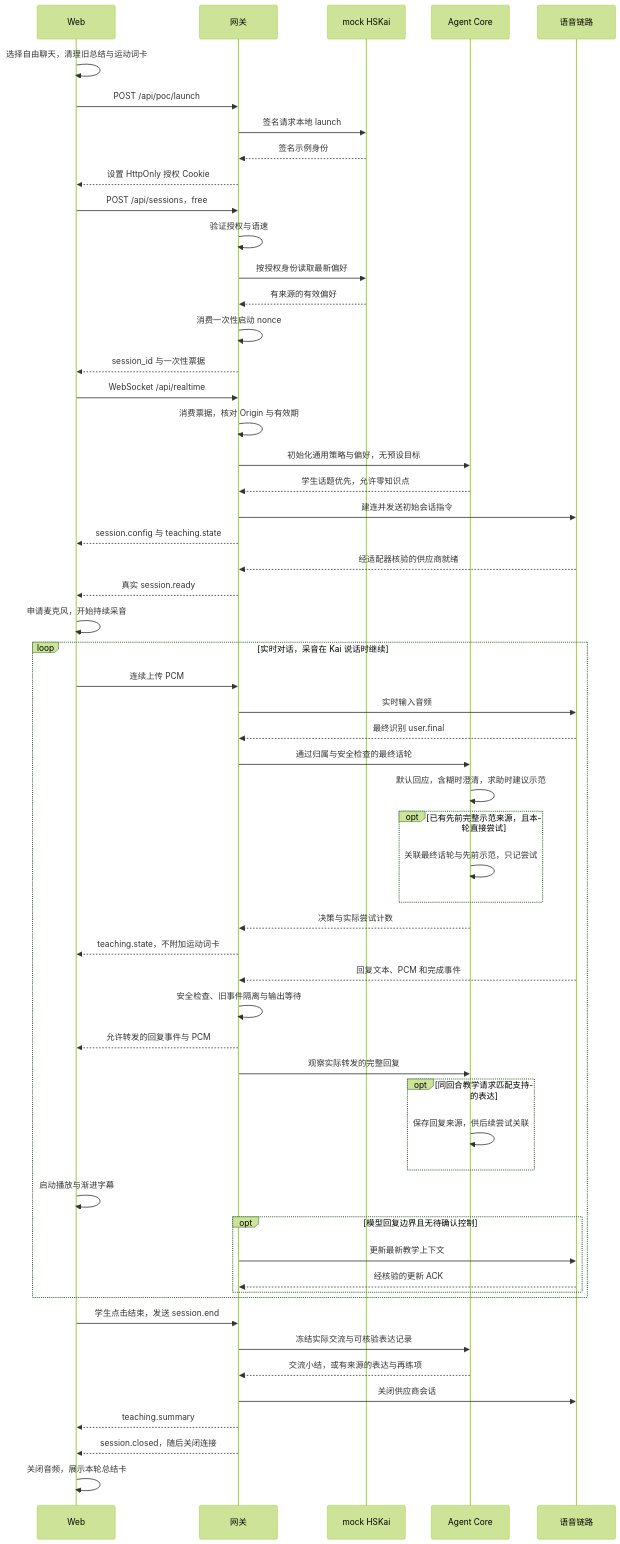
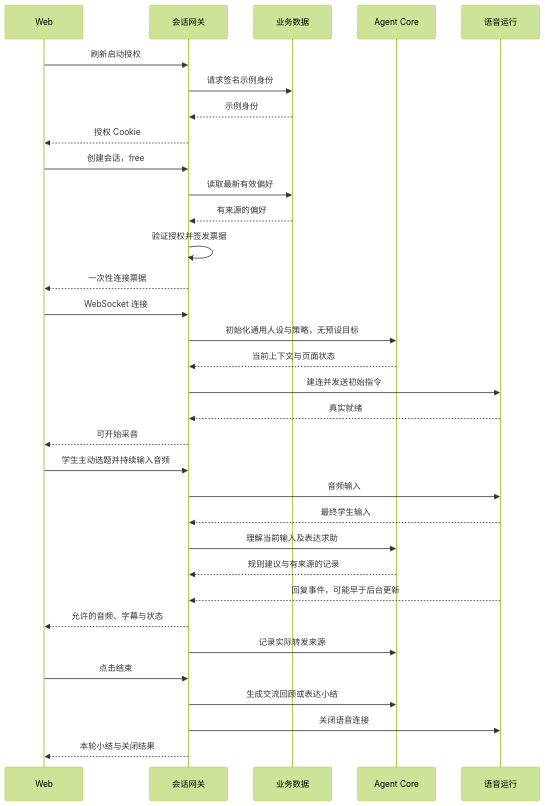
Before and after one commit to yqhuang-cyber/ask-kai: the fourth of 4 diagrams in README.md, drawn with Mermaid (forest theme). The commit also changed other lines of this file and 1 other file, not shown here.

Commit message:
docs: reorganize README around product, agent architecture, journeys and evidence

````diff
--- a/README.md
+++ b/README.md
@@ -391,59 +200,35 @@
 ```mermaid
 sequenceDiagram
     participant W as Web
-    participant G as 网关
-    participant H as mock HSKai
+    participant G as 会话网关
+    participant B as 业务数据
     participant C as Agent Core
-    participant P as 语音链路
-    W->>W: 选择自由聊天，清理旧总结与运动词卡
-    W->>G: POST /api/poc/launch
-    G->>H: 签名请求本地 launch
-    H-->>G: 签名示例身份
-    G-->>W: 设置 HttpOnly 授权 Cookie
-    W->>G: POST /api/sessions，free
-    G->>G: 验证授权与语速
-    G->>H: 按授权身份读取最新偏好
-    H-->>G: 有来源的有效偏好
-    G->>G: 消费一次性启动 nonce
-    G-->>W: session_id 与一次性票据
-    W->>G: WebSocket /api/realtime
-    G->>G: 消费票据，核对 Origin 与有效期
-    G->>C: 初始化通用策略与偏好，无预设目标
-    C-->>G: 学生话题优先，允许零知识点
-    G->>P: 建连并发送初始会话指令
-    G-->>W: session.config 与 teaching.state
-    P-->>G: 经适配器核验的供应商就绪
-    G-->>W: 真实 session.ready
-    W->>W: 申请麦克风，开始持续采音
-    loop 实时对话，采音在 Kai 说话时继续
-        W->>G: 连续上传 PCM
-        G->>P: 实时输入音频
-        P-->>G: 最终识别 user.final
-        G->>C: 通过归属与安全检查的最终话轮
-        C->>C: 默认回应，含糊时澄清，求助时建议示范
-        opt 已有先前完整示范来源，且本轮直接尝试
-            C->>C: 关联最终话轮与先前示范，只记尝试
-        end
-        C-->>G: 决策与实际尝试计数
-        G-->>W: teaching.state，不附加运动词卡
-        P-->>G: 回复文本、PCM 和完成事件
-        G->>G: 安全检查、旧事件隔离与输出等待
-        G-->>W: 允许转发的回复事件与 PCM
-        G->>C: 观察实际转发的完整回复
-        opt 同回合教学请求匹配支持的表达
-            C->>C: 保存回复来源，供后续尝试关联
-        end
-        W->>W: 启动播放与渐进字幕
-        opt 模型回复边界且无待确认控制
-            G->>P: 更新最新教学上下文
-            P-->>G: 经核验的更新 ACK
-        end
-    end
-    W->>G: 学生点击结束，发送 session.end
-    G->>C: 冻结实际交流与可核验表达记录
-    C-->>G: 交流小结，或有来源的表达与再练项
-    G->>P: 关闭供应商会话
-    G-->>W: teaching.summary
-    G-->>W: session.closed，随后关闭连接
-    W->>W: 关闭音频，展示本轮总结卡
+    participant V as 语音运行
+    W->>G: 刷新启动授权
+    G->>B: 请求签名示例身份
+    B-->>G: 示例身份
+    G-->>W: 授权 Cookie
+    W->>G: 创建会话，free
+    G->>B: 读取最新有效偏好
+    B-->>G: 有来源的偏好
+    G->>G: 验证授权并签发票据
+    G-->>W: 一次性连接票据
+    W->>G: WebSocket 连接
+    G->>C: 初始化通用人设与策略，无预设目标
+    C-->>G: 当前上下文与页面状态
+    G->>V: 建连并发送初始指令
+    V-->>G: 真实就绪
+    G-->>W: 可开始采音
+    W->>G: 学生主动选题并持续输入音频
+    G->>V: 音频输入
+    V-->>G: 最终学生输入
+    G->>C: 理解当前输入及表达求助
+    C-->>G: 规则建议与有来源的记录
+    V-->>G: 回复事件，可能早于后台更新
+    G-->>W: 允许的音频、字幕与状态
+    G->>C: 记录实际转发来源
+    W->>G: 点击结束
+    G->>C: 生成交流回顾或表达小结
+    G->>V: 关闭语音连接
+    G-->>W: 本轮小结与关闭结果
 ```
````
